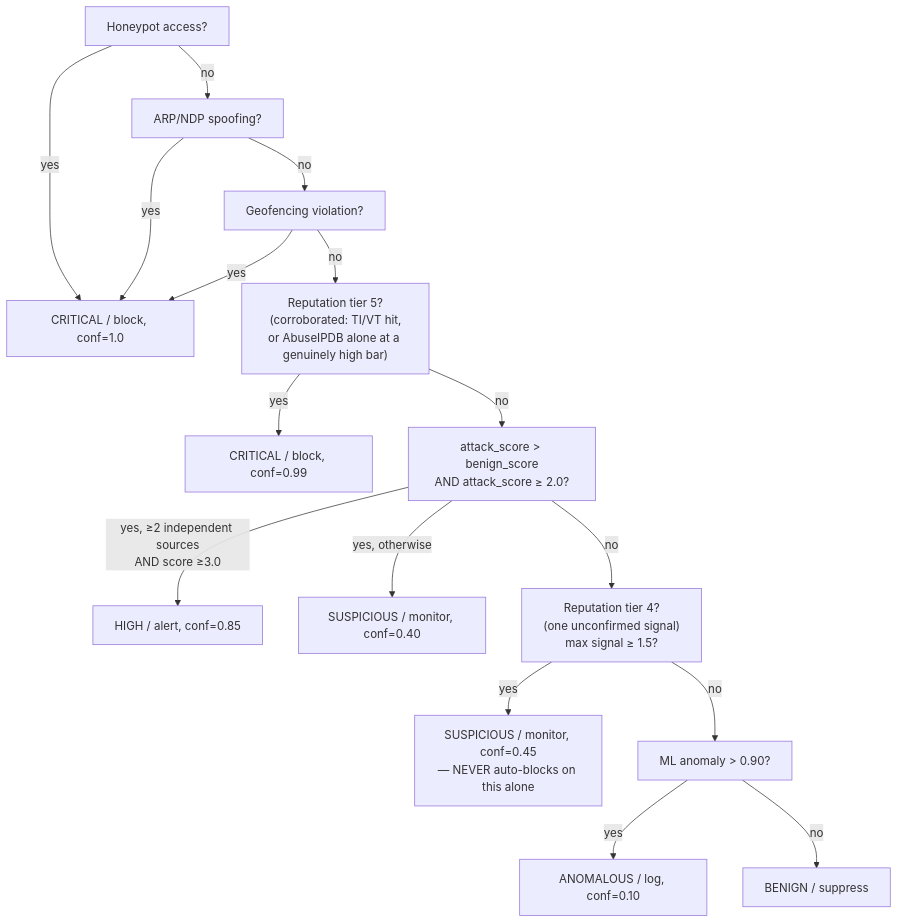
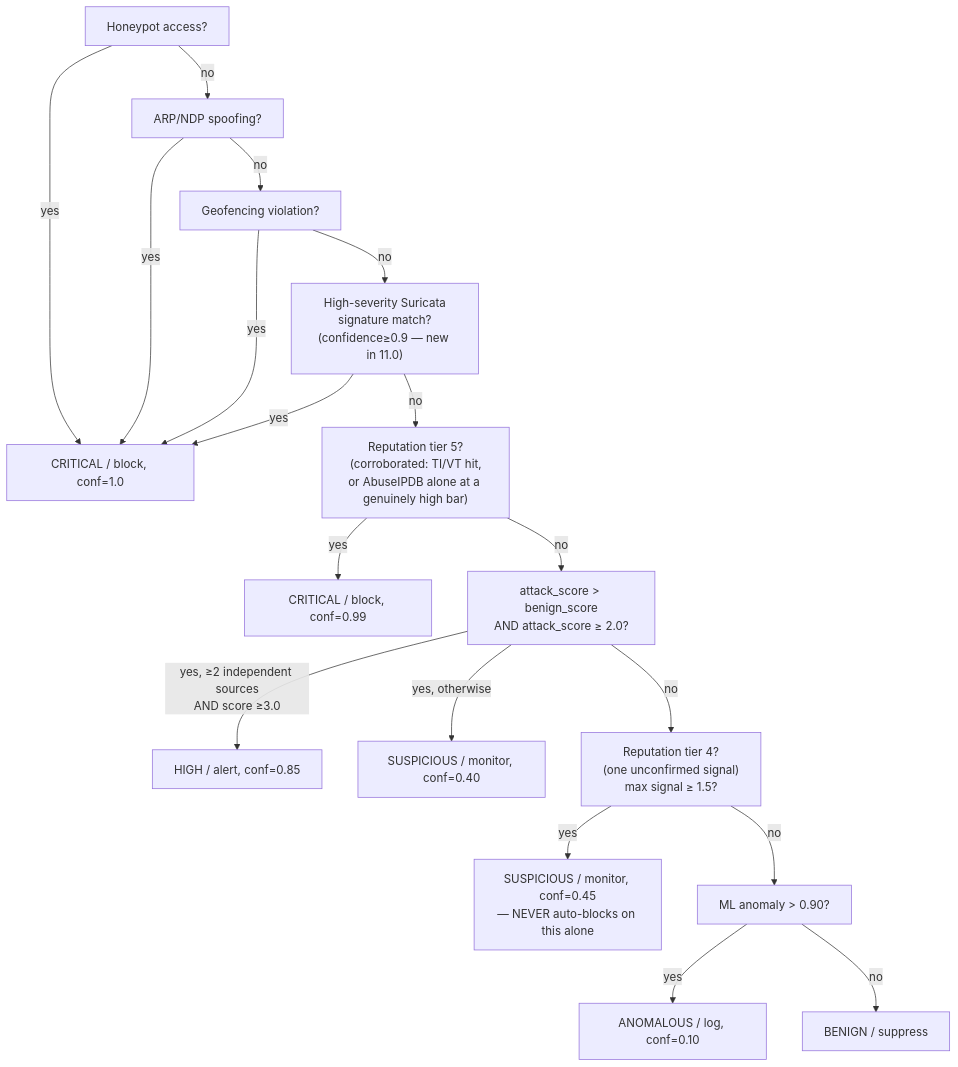
The diagram in Documentation/ENGINEERING_MANUAL.md (gsaket-sky/home-ids), drawn with Mermaid before and after one commit. The commit also changed other lines of this file and 26 other files, not shown here.

````diff
--- a/Documentation/ENGINEERING_MANUAL.md
+++ b/Documentation/ENGINEERING_MANUAL.md
@@ -107,18 +113,20 @@
 ```mermaid
 flowchart TD
     A["Honeypot access?"] -->|yes| Z1["CRITICAL / block, conf=1.0"]
     A -->|no| B["ARP/NDP spoofing?"]
     B -->|yes| Z1
     B -->|no| C["Geofencing violation?"]
     C -->|yes| Z1
-    C -->|no| D["Reputation tier 5?<br/>(corroborated: TI/VT hit,<br/>or AbuseIPDB alone at a genuinely high bar)"]
+    C -->|no| CX["High-severity Suricata<br/>signature match?<br/>(confidence≥0.9 — new in 11.0)"]
+    CX -->|yes| Z1
+    CX -->|no| D["Reputation tier 5?<br/>(corroborated: TI/VT hit,<br/>or AbuseIPDB alone at a genuinely high bar)"]
     D -->|yes| Z2["CRITICAL / block, conf=0.99"]
     D -->|no| E["attack_score > benign_score<br/>AND attack_score ≥ 2.0?"]
     E -->|yes, ≥2 independent sources<br/>AND score ≥3.0| Z3["HIGH / alert, conf=0.85"]
     E -->|yes, otherwise| Z4["SUSPICIOUS / monitor, conf=0.40"]
     E -->|no| F["Reputation tier 4?<br/>(one unconfirmed signal)<br/>max signal ≥ 1.5?"]
     F -->|yes| Z5["SUSPICIOUS / monitor, conf=0.45<br/>— NEVER auto-blocks on this alone"]
     F -->|no| G["ML anomaly > 0.90?"]
     G -->|yes| Z6["ANOMALOUS / log, conf=0.10"]
     G -->|no| Z7["BENIGN / suppress"]
 ```
````
